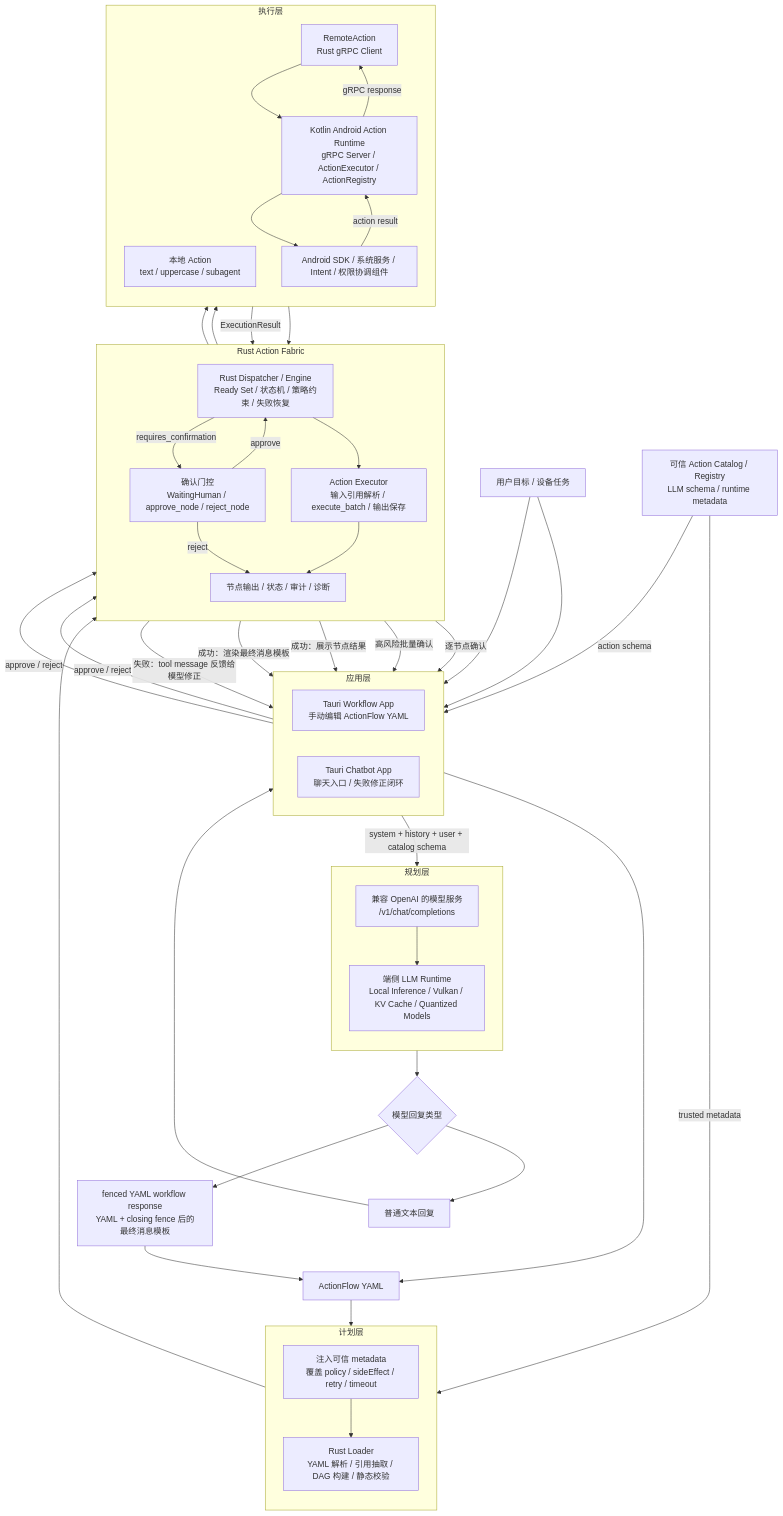
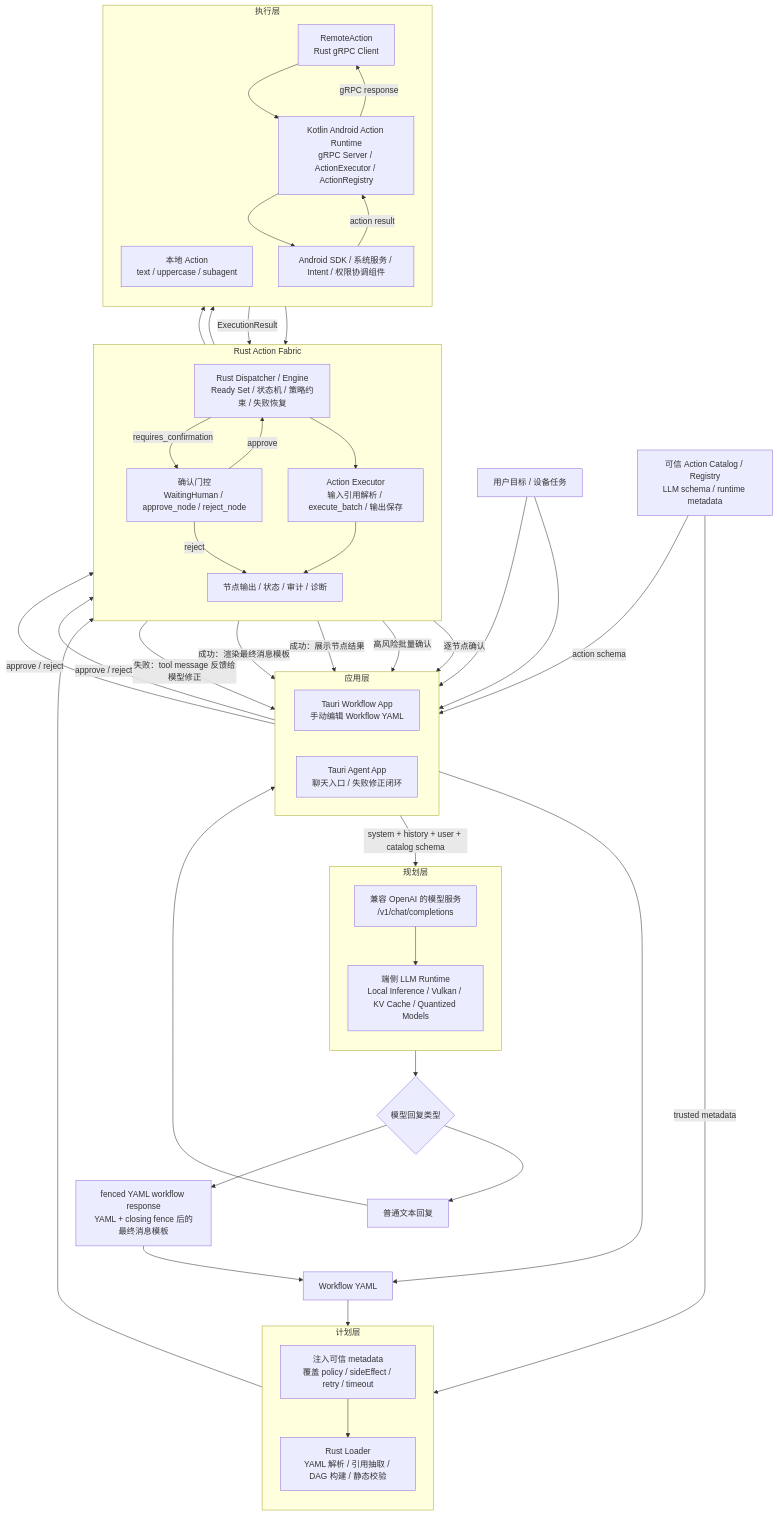
Before and after one commit to OSH-2026/agent_runtime: the third of 3 diagrams in README.md, drawn with Mermaid. The commit also changed other lines of this file and 3 other files, not shown here.

````diff
--- a/README.md
+++ b/README.md
@@ -164,76 +164,76 @@
 ```mermaid
 flowchart TB
     user["用户目标 / 设备任务"]
 
     subgraph app["应用层"]
         direction LR
-        workflow_app["Tauri Workflow App<br/>手动编辑 ActionFlow YAML"]
-        chatbot_app["Tauri Chatbot App<br/>聊天入口 / 失败修正闭环"]
+        workflow_app["Tauri Workflow App<br/>手动编辑 Workflow YAML"]
+        agent_app["Tauri Agent App<br/>聊天入口 / 失败修正闭环"]
     end
 
     subgraph planning["规划层"]
         direction TB
         model_api["兼容 OpenAI 的模型服务<br/>/v1/chat/completions"]
         model_runtime["端侧 LLM Runtime<br/>Local Inference / Vulkan / KV Cache / Quantized Models"]
         model_api --> model_runtime
     end
 
     catalog["可信 Action Catalog / Registry<br/>LLM schema / runtime metadata"]
     response{"模型回复类型"}
     text_response["普通文本回复"]
     workflow_response["fenced YAML workflow response<br/>YAML + closing fence 后的最终消息模板"]
-    workflow["ActionFlow YAML"]
+    workflow["Workflow YAML"]
 
     subgraph plan["计划层"]
         direction TB
         metadata["注入可信 metadata<br/>覆盖 policy / sideEffect / retry / timeout"]
         loader["Rust Loader<br/>YAML 解析 / 引用抽取 / DAG 构建 / 静态校验"]
     end
 
     subgraph fabric["Rust Action Fabric"]
         direction TB
         engine["Rust Dispatcher / Engine<br/>Ready Set / 状态机 / 策略约束 / 失败恢复"]
         confirmation["确认门控<br/>WaitingHuman / approve_node / reject_node"]
         executor["Action Executor<br/>输入引用解析 / execute_batch / 输出保存"]
         state["节点输出 / 状态 / 审计 / 诊断"]
 
         engine --> executor
         engine -- "requires_confirmation" --> confirmation
         confirmation -- "approve" --> engine
         confirmation -- "reject" --> state
         executor --> state
     end
 
     subgraph action_layer["执行层"]
         direction TB
         local_action["本地 Action<br/>text / uppercase / subagent"]
         remote_action["RemoteAction<br/>Rust gRPC Client"]
         kotlin_runtime["Kotlin Android Action Runtime<br/>gRPC Server / ActionExecutor / ActionRegistry"]
         android_api["Android SDK / 系统服务 / Intent / 权限协调组件"]
 
         remote_action --> kotlin_runtime --> android_api
     end
 
     user --> workflow_app
-    user --> chatbot_app
+    user --> agent_app
     workflow_app --> workflow
-    chatbot_app -- "system + history + user + catalog schema" --> model_api
-    catalog -- "action schema" --> chatbot_app
+    agent_app -- "system + history + user + catalog schema" --> model_api
+    catalog -- "action schema" --> agent_app
     model_runtime --> response
-    response --> text_response --> chatbot_app
+    response --> text_response --> agent_app
     response --> workflow_response --> workflow
     catalog -- "trusted metadata" --> metadata
     workflow --> metadata --> loader --> engine
     executor --> local_action --> state
     executor --> remote_action
     android_api -- "action result" --> kotlin_runtime
     kotlin_runtime -- "gRPC response" --> remote_action
     remote_action -- "ExecutionResult" --> executor
     confirmation -- "逐节点确认" --> workflow_app
     workflow_app -- "approve / reject" --> confirmation
-    confirmation -- "高风险批量确认" --> chatbot_app
-    chatbot_app -- "approve / reject" --> confirmation
+    confirmation -- "高风险批量确认" --> agent_app
+    agent_app -- "approve / reject" --> confirmation
     state -- "成功：展示节点结果" --> workflow_app
-    state -- "成功：渲染最终消息模板" --> chatbot_app
-    state -- "失败：tool message 反馈给模型修正" --> chatbot_app
+    state -- "成功：渲染最终消息模板" --> agent_app
+    state -- "失败：tool message 反馈给模型修正" --> agent_app
 ```
````
